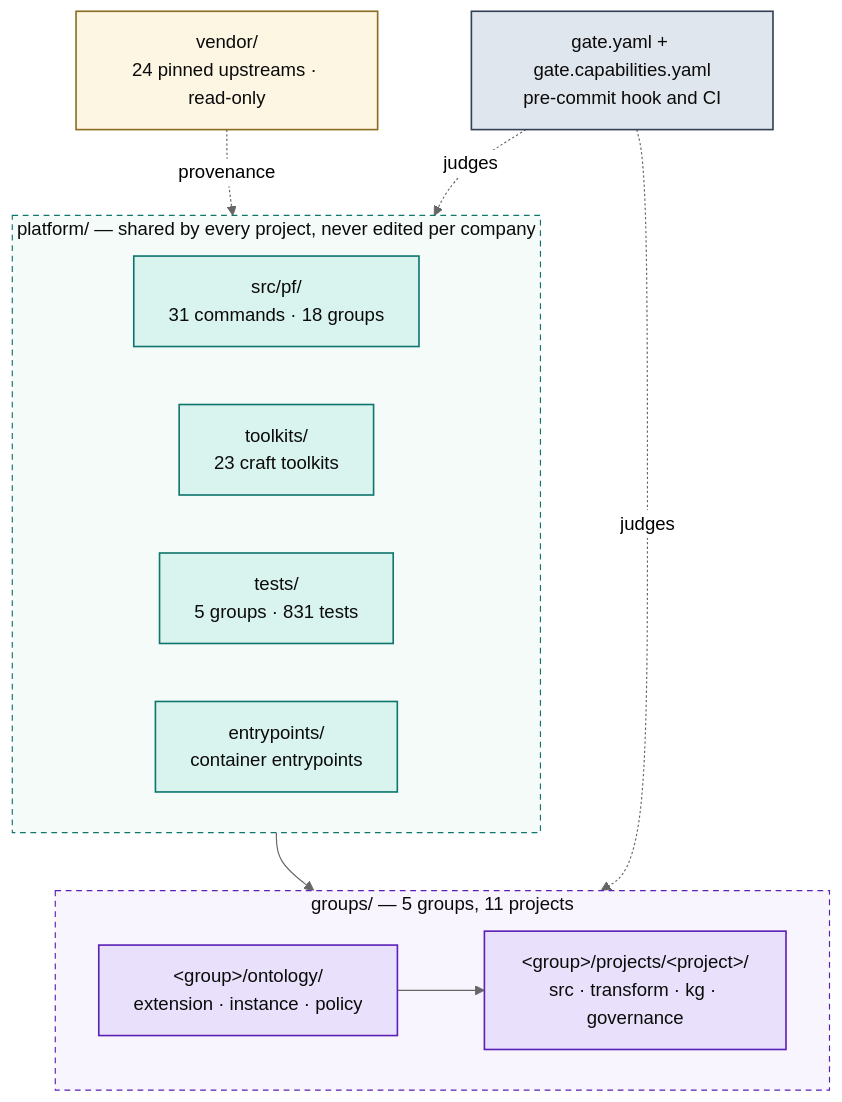
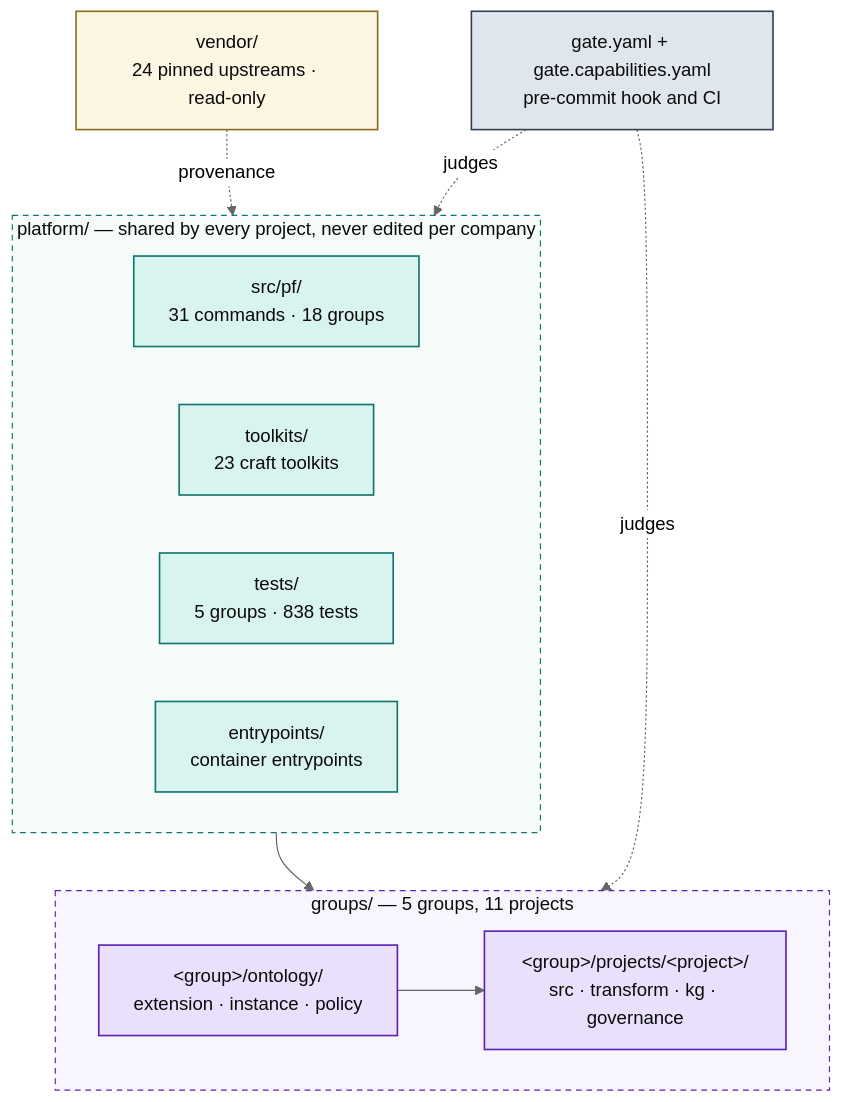
The first of 5 diagrams in docs/ARCHITECTURE.md (Atomz-org/data-platform), drawn with Mermaid (neutral theme) before and after one commit. The commit also changed other lines of this file and 7 other files, not shown here.

````diff
--- a/docs/ARCHITECTURE.md
+++ b/docs/ARCHITECTURE.md
@@ -15,36 +15,36 @@
 ```mermaid
 flowchart TB
   subgraph SHARED["platform/ — shared by every project, never edited per company"]
     direction LR
     ENG["src/pf/<br/>31 commands · 18 groups"]
     TK["toolkits/<br/>23 craft toolkits"]
-    TST["tests/<br/>5 groups · 831 tests"]
+    TST["tests/<br/>5 groups · 838 tests"]
     ENT["entrypoints/<br/>container entrypoints"]
   end
 
   subgraph ENTITIES["groups/ — 5 groups, 11 projects"]
     direction LR
     GRP["&lt;group&gt;/ontology/<br/>extension · instance · policy"]
     PRJ["&lt;group&gt;/projects/&lt;project&gt;/<br/>src · transform · kg · governance"]
     GRP --> PRJ
   end
 
   VEN["vendor/<br/>24 pinned upstreams · read-only"]
   GATE["gate.yaml + gate.capabilities.yaml<br/>pre-commit hook and CI"]
 
   SHARED --> ENTITIES
   VEN -.provenance.-> SHARED
   GATE -.judges.-> ENTITIES
   GATE -.judges.-> SHARED
 
   classDef code fill:#d9f4ee,stroke:#0f766e,stroke-width:1.4px,color:#0b0b0b
   classDef data fill:#e9e1fb,stroke:#5b21b6,stroke-width:1.4px,color:#0b0b0b
   classDef gov fill:#e0e6ed,stroke:#334155,stroke-width:1.4px,color:#0b0b0b
   classDef ext fill:#fdf6e3,stroke:#8a6d1f,stroke-width:1.4px,color:#0b0b0b
   class ENG,TK,TST,ENT code
   class GRP,PRJ data
   class GATE gov
   class VEN ext
   style SHARED fill:#f4fbf9,stroke:#0f766e,stroke-dasharray:5 4,color:#0b0b0b
   style ENTITIES fill:#f8f5fe,stroke:#5b21b6,stroke-dasharray:5 4,color:#0b0b0b
 ```
````
